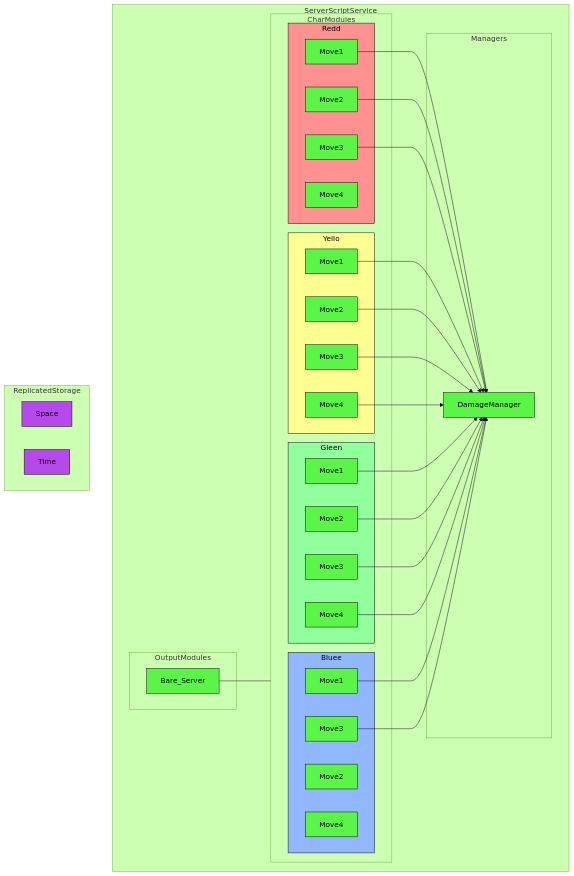
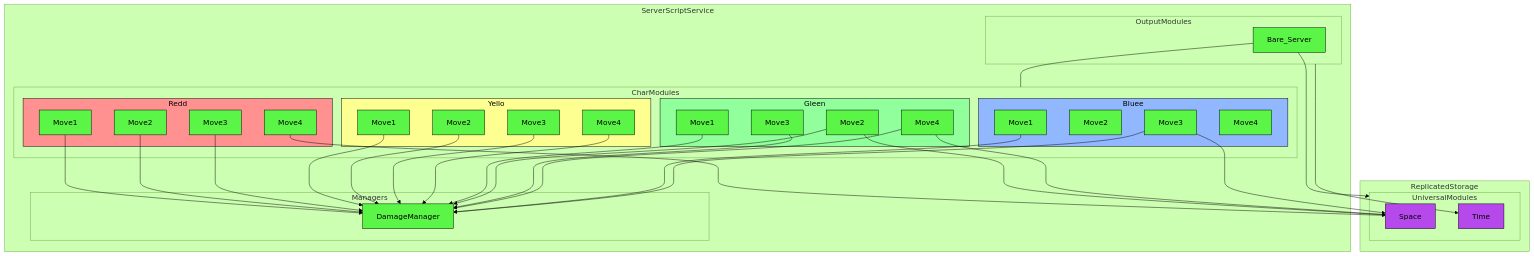
Before and after one commit to altair5607249/Crusaders-Game: the fourth of 6 diagrams in docs/diagrams.md, drawn with Mermaid (forest theme). The commit also changed other lines of this file, not shown here.

Commit message:
Update diagrams.md
Fixed bare-style & weapon-style flowcharts

````diff
--- a/docs/diagrams.md
+++ b/docs/diagrams.md
@@ -196,65 +196,75 @@
 ```mermaid
 flowchart TB;
 
   classDef serverNode fill:#5bf547,stroke:#000000,color:#000000
   classDef clientNode fill:#42a1f5,stroke:#000000,color:#000000
   classDef universalNode fill:#b549eb,stroke:#000000,color:#000000
 
   classDef redNode fill:#ff9191,stroke:#000000,color:#000000
   classDef yellowNode fill:#fdff91,stroke:#000000,color:#000000
   classDef greenNode fill:#91ff9c,stroke:#000000,color:#000000
   classDef blueNode fill:#91b8ff,stroke:#000000,color:#000000
 
   subgraph ServerScriptService
     subgraph Managers
       DamageManager;
     end
 
     subgraph OutputModules
       Bare_Server;
     end
 
     Bare_Server---CharModules
 
     subgraph CharModules
       subgraph Redd
         A["Move1"]-->DamageManager;
         B["Move2"]-->DamageManager;
         C["Move3"]-->DamageManager;
         D["Move4"];
       end 
       subgraph Yello
         E["Move1"]-->DamageManager;
         F["Move2"]-->DamageManager;
         G["Move3"]-->DamageManager;
         H["Move4"]-->DamageManager;
       end
       subgraph Gleen
         I["Move1"]-->DamageManager;
         J["Move2"]-->DamageManager;
         K["Move3"]-->DamageManager;
         L["Move4"]-->DamageManager;
       end 
       subgraph Bluee
         M["Move1"]-->DamageManager;
         N["Move2"];
         O["Move3"]-->DamageManager;
         P["Move4"];
       end 
     end
   end
 
   subgraph ReplicatedStorage
-    Space;
-    Time;
+    subgraph UniversalModules
+      Space;
+      Time;
+    end
   end
+
+  Bare_Server-->UniversalModules;
+  OutputModules-->Time;
+
+  D-->Space;
+  J-->Space;
+  L-->Space;
+  O-->Space;
 
   class ModuleLoader,M1_Server,Bare_Server,Weapon_Server,MovementManager,DamageManager,A,B,C,D,E,F,G,H,I,J,K,L,M,N,O,P,KnockbackManager,StunManager serverNode;
   class ModuleLoader2,Player-Input,M1_Client,Sol_Client,Movement,KnockbackHandler clientNode;
   class Space,Time universalNode;
 
   class Redd redNode;
   class Yello yellowNode;
   class Gleen greenNode;
   class Bluee blueNode;
 ```
````
